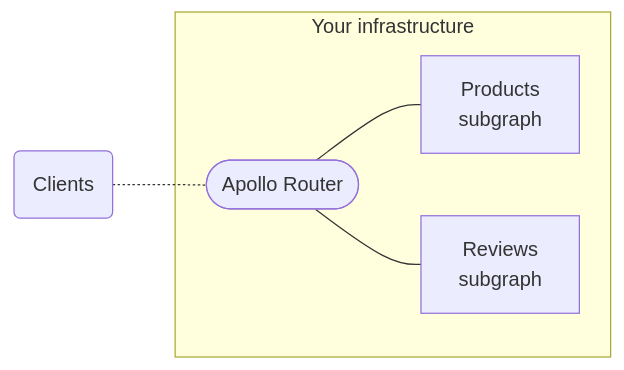
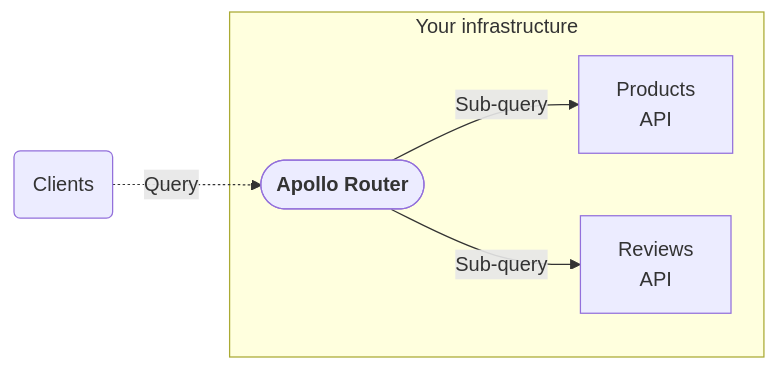
One commit to apollographql/router changed the diagram in docs/source/index.mdx. Above: the diagram before and after it, drawn with Mermaid. The commit also changed other lines of this file and 4 other files, not shown here.

````diff
--- a/docs/source/index.mdx
+++ b/docs/source/index.mdx
@@ -10,12 +10,12 @@
 ```mermaid
 flowchart LR;
   clients(Clients);
   subgraph "Your infrastructure";
-  gateway(["Apollo Router"]);
-  serviceB[Products<br/>subgraph];
-  serviceC[Reviews<br/>subgraph];
-  gateway --- serviceB & serviceC;
+  router(["<b>Apollo Router</b>"]);
+  serviceB[Products<br/>API];
+  serviceC[Reviews<br/>API];
+  router -->|Sub-query| serviceB & serviceC;
   end;
-  clients -.- gateway;
+  clients -.->|Query| router;
   class clients secondary;
 ```
````
